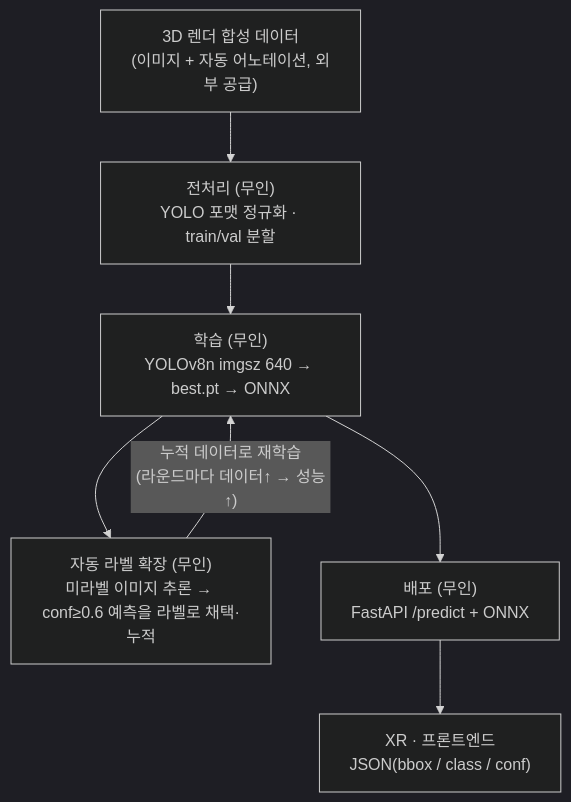
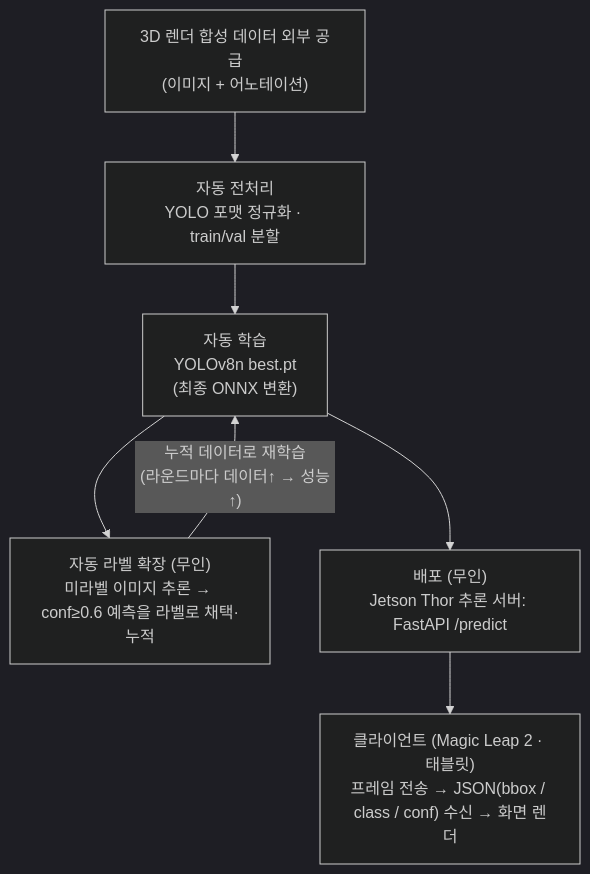
One commit to ev1025/auto_annotation_learning changed the diagram in README.md. Above: the diagram before and after it, drawn with Mermaid (dark theme). The commit also changed other lines of this file and 1 other file, not shown here.

First line of the commit message:
feat: 모델x입력크기 벤치마크 스크립트 + Thor 기준 배포 정의

````diff
--- a/README.md
+++ b/README.md
@@ -26,13 +31,13 @@
 ```mermaid
 flowchart TD
-    A["3D 렌더 합성 데이터<br/>(이미지 + 자동 어노테이션, 외부 공급)"]
-    B["전처리 (무인)<br/>YOLO 포맷 정규화 · train/val 분할"]
-    C["학습 (무인)<br/>YOLOv8n imgsz 640 → best.pt → ONNX"]
+    A["3D 렌더 합성 데이터 외부 공급<br/>(이미지 + 어노테이션)"]
+    B["자동 전처리<br/>YOLO 포맷 정규화 · train/val 분할"]
+    C["자동 학습<br/>YOLOv8n best.pt <br/>(최종 ONNX 변환)"]
     D["자동 라벨 확장 (무인)<br/>미라벨 이미지 추론 → conf≥0.6 예측을 라벨로 채택·누적"]
-    E["배포 (무인)<br/>FastAPI /predict + ONNX"]
-    F["XR · 프론트엔드<br/>JSON(bbox / class / conf)"]
+    E["배포 (무인)<br/>Jetson Thor 추론 서버: FastAPI /predict"]
+    F["클라이언트 (Magic Leap 2 · 태블릿)<br/>프레임 전송 → JSON(bbox / class / conf) 수신 → 화면 렌더"]
 
     A --> B --> C --> D
     D -- "누적 데이터로 재학습<br/>(라운드마다 데이터↑ → 성능↑)" --> C
     C --> E --> F
 ```
````
